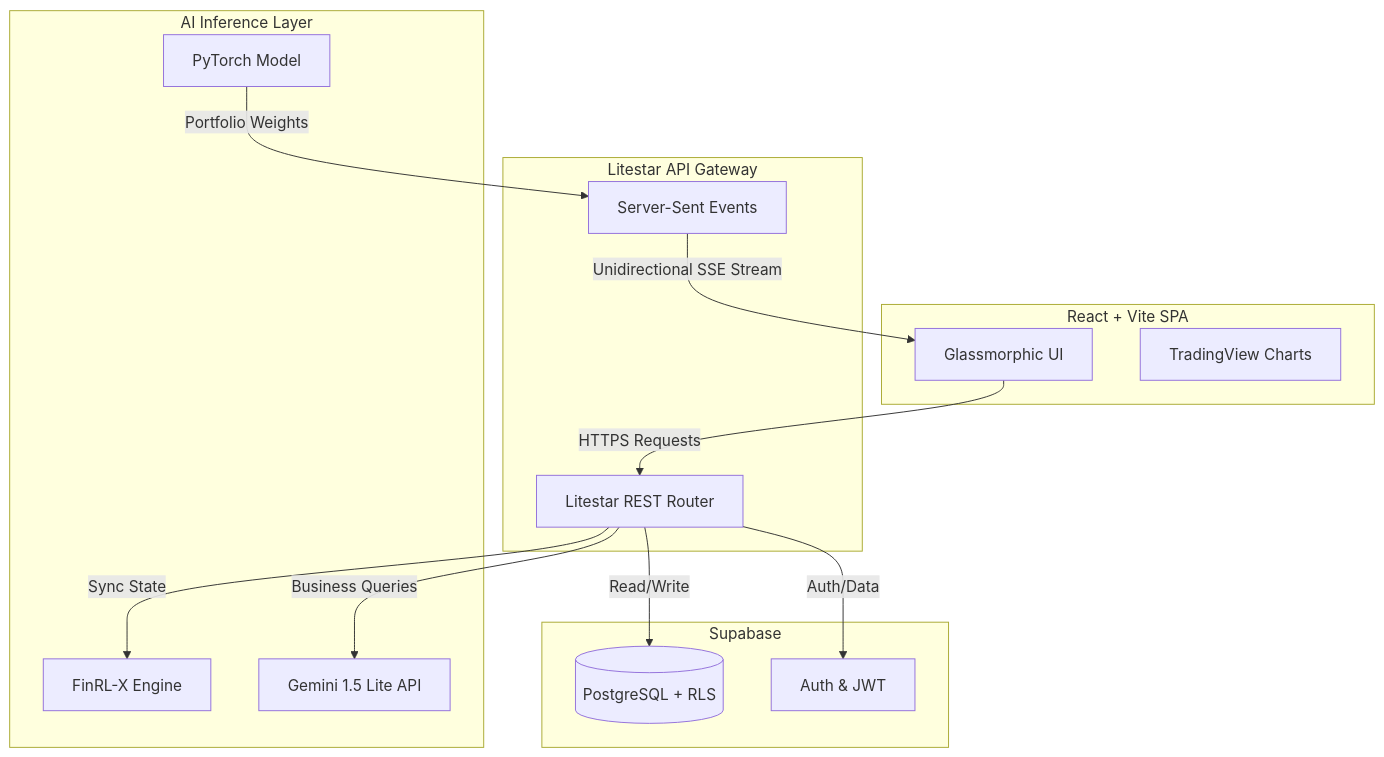
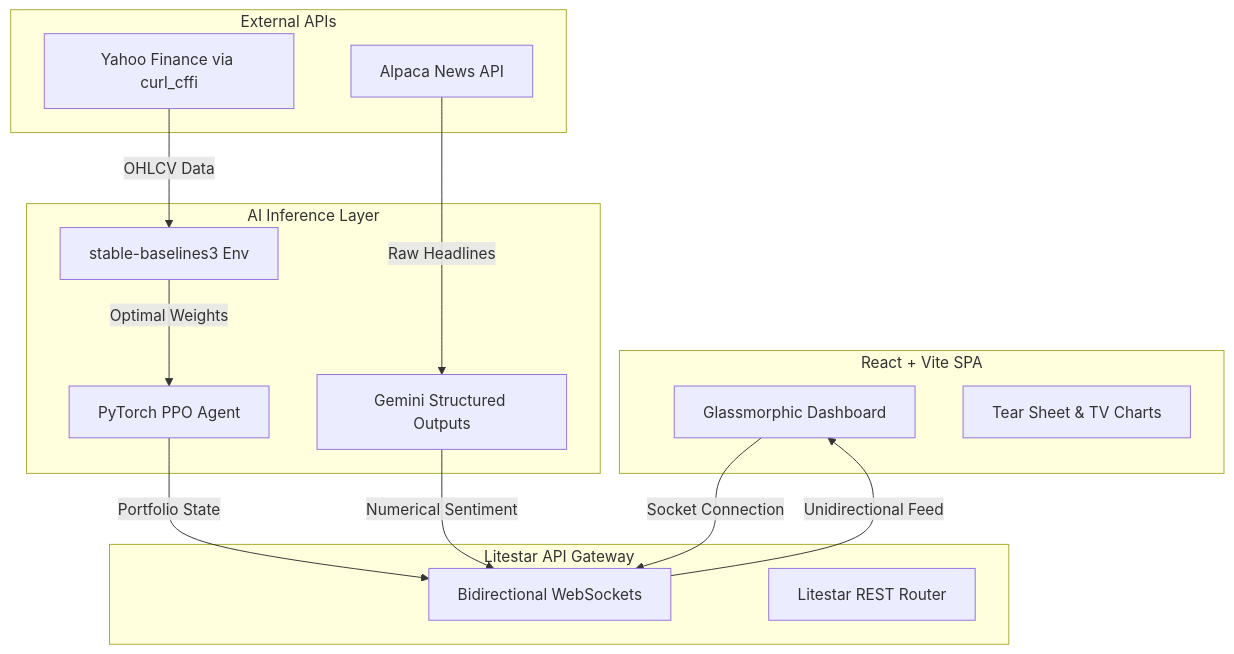
Before and after one commit to vikastiwari/drl-stock-trading-app: the diagram in docs/ARCHITECTURE.md, drawn with Mermaid. The commit also changed other lines of this file and 9 other files, not shown here.

Commit message:
feat(ai): implement backtesting engine, live PnL tracking, and real historical Recharts tear sheets

````diff
--- a/docs/ARCHITECTURE.md
+++ b/docs/ARCHITECTURE.md
@@ -29,31 +29,31 @@
 ```mermaid
 graph TD
     subgraph Frontend [React + Vite SPA]
-        UI[Glassmorphic UI]
-        Chart[TradingView Charts]
+        UI[Glassmorphic Dashboard]
+        Chart[Tear Sheet & TV Charts]
     end
 
     subgraph Streaming [Litestar API Gateway]
-        SSE[Server-Sent Events]
+        WS[Bidirectional WebSockets]
         REST[Litestar REST Router]
     end
 
-    subgraph Data [Supabase]
-        PG[(PostgreSQL + RLS)]
-        Auth[Auth & JWT]
+    subgraph Intelligence [AI Inference Layer]
+        Model[PyTorch PPO Agent]
+        FinRL[stable-baselines3 Env]
+        Gemini[Gemini Structured Outputs]
     end
 
-    subgraph Intelligence [AI Inference Layer]
-        Model[PyTorch Model]
-        FinRL[FinRL-X Engine]
-        Gemini[Gemini 1.5 Lite API]
+    subgraph External [External APIs]
+        Yahoo[Yahoo Finance via curl_cffi]
+        Alpaca[Alpaca News API]
     end
 
-    UI -->|HTTPS Requests| REST
-    REST -->|Auth/Data| Auth
-    REST -->|Read/Write| PG
-    REST -->|Business Queries| Gemini
-    SSE -->|Unidirectional SSE Stream| UI
-    Model -->|Portfolio Weights| SSE
-    REST -->|Sync State| FinRL
+    UI -->|Socket Connection| WS
+    WS -->|Unidirectional Feed| UI
+    Yahoo -->|OHLCV Data| FinRL
+    Alpaca -->|Raw Headlines| Gemini
+    Gemini -->|Numerical Sentiment| WS
+    FinRL -->|Optimal Weights| Model
+    Model -->|Portfolio State| WS
 ```
````
